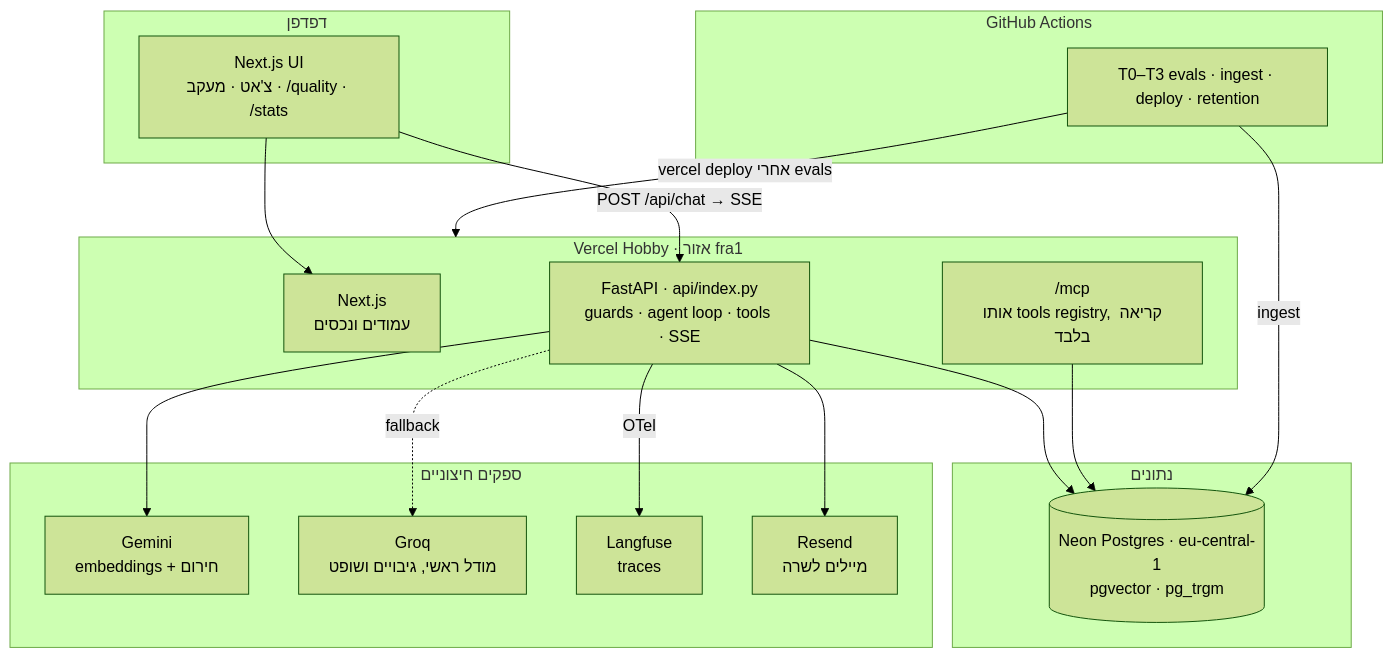
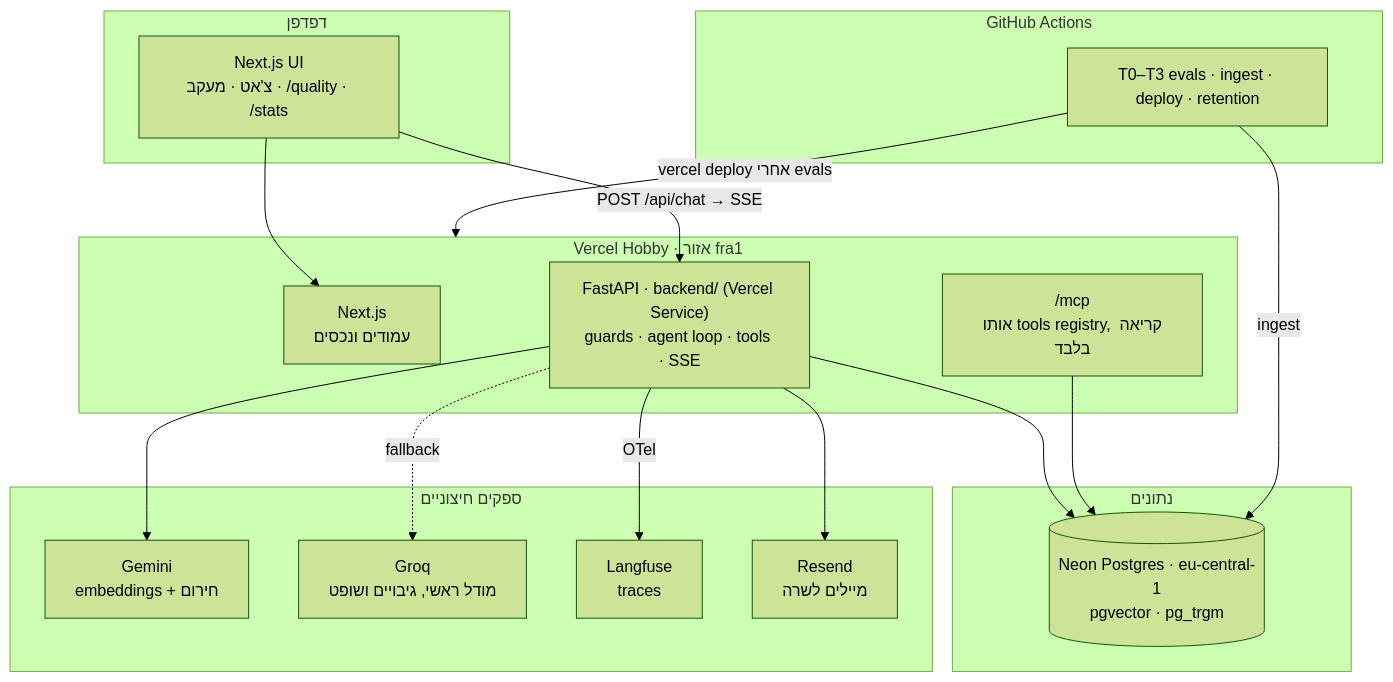
Before and after one commit to sarah94087-bot/portfolio-agent: the first of 2 diagrams in docs/05-architecture.md, drawn with Mermaid (forest theme). The commit also changed other lines of this file and 5 other files, not shown here.

First line of the commit message:
Deploy with Vercel Services instead of an api/ bridge file

````diff
--- a/docs/05-architecture.md
+++ b/docs/05-architecture.md
@@ -16,38 +16,38 @@
 ```mermaid
 flowchart TB
   subgraph Browser["דפדפן"]
     UI["Next.js UI<br/>צ'אט · מעקב · /quality · /stats"]
   end
 
   subgraph Vercel["Vercel Hobby · אזור fra1"]
     WEB["Next.js<br/>עמודים ונכסים"]
-    API["FastAPI · api/index.py<br/>guards · agent loop · tools · SSE"]
+    API["FastAPI · backend/ (Vercel Service)<br/>guards · agent loop · tools · SSE"]
     MCP["/mcp<br/>אותו tools registry, קריאה בלבד"]
   end
 
   subgraph Data["נתונים"]
     NEON[("Neon Postgres · eu-central-1<br/>pgvector · pg_trgm")]
   end
 
   subgraph Providers["ספקים חיצוניים"]
     GEM["Gemini<br/>embeddings + חירום"]
     GROQ["Groq<br/>מודל ראשי, גיבויים ושופט"]
     LF["Langfuse<br/>traces"]
     RS["Resend<br/>מיילים לשרה"]
   end
 
   subgraph CI["GitHub Actions"]
     PIPE["T0–T3 evals · ingest · deploy · retention"]
   end
 
   UI -- "POST /api/chat → SSE" --> API
   UI --> WEB
   API --> NEON
   API --> GEM
   API -. "fallback" .-> GROQ
   API -- "OTel" --> LF
   API --> RS
   MCP --> NEON
   PIPE -- "ingest" --> NEON
   PIPE -- "vercel deploy אחרי evals" --> Vercel
 ```
````
